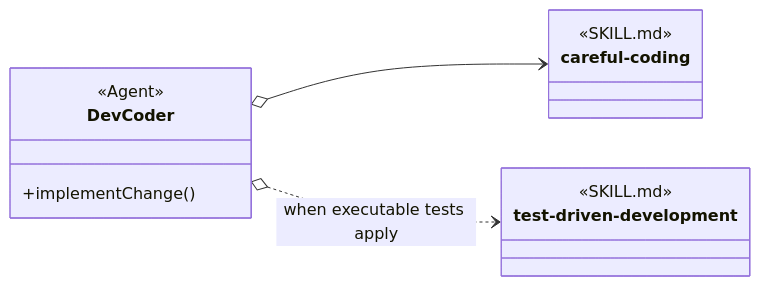
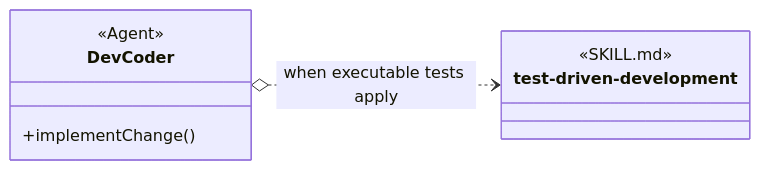
The third of 11 diagrams in design/object-oriented-agent-and-skill-model.md (martinbechard/dev-methodology), drawn with Mermaid before and after one commit. The commit also changed other lines of this file and 2 other files, not shown here.

Commit message:
Clarify skill loading paths

````diff
--- a/design/object-oriented-agent-and-skill-model.md
+++ b/design/object-oriented-agent-and-skill-model.md
@@ -177,22 +202,16 @@
 ```mermaid
 classDiagram
     direction LR
 
     class DevCoder {
         <<Agent>>
         +implementChange()
     }
 
-    class careful-coding {
-        <<SKILL.md>>
-        <<Agent Skill>>
-    }
-
     class test-driven-development {
         <<SKILL.md>>
         <<Agent Skill>>
     }
 
-    DevCoder o--> careful-coding
     DevCoder o..> test-driven-development : when executable tests apply
 ```
````
